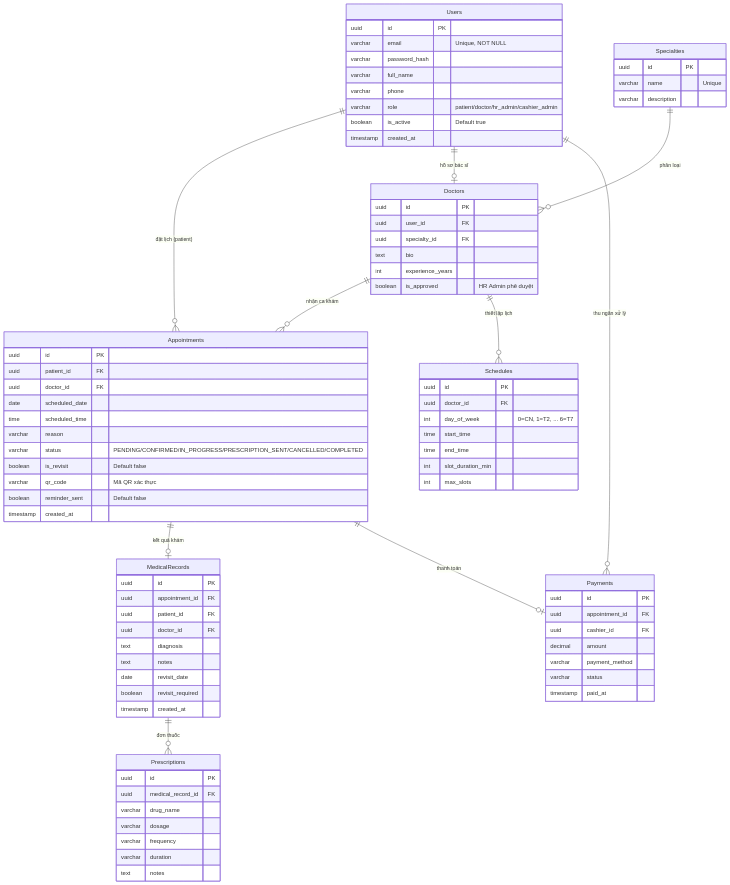
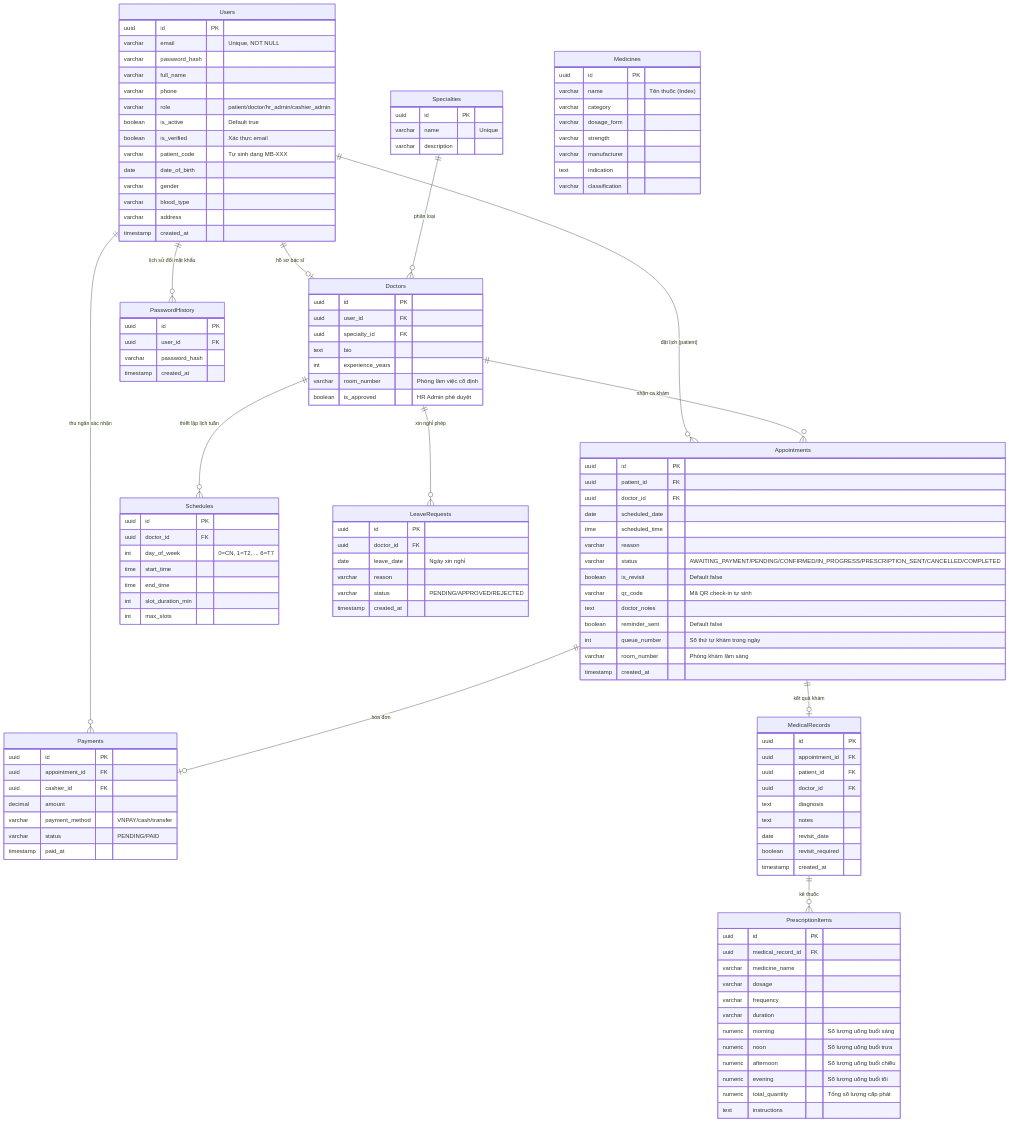
Before and after one commit to TruongTheHaiThinh/MedBook-Online-Medical-Appointment-Booking-System: the second of 4 diagrams in TruongTheHaiThinh_project-proposal.md, drawn with Mermaid. The commit also changed other lines of this file, not shown here.

Commit message:
docs: update project proposal with final database schemas, use cases, architecture, and state machine diagrams

````diff
--- a/TruongTheHaiThinh_project-proposal.md
+++ b/TruongTheHaiThinh_project-proposal.md
@@ -213,13 +225,15 @@
 erDiagram
     Users ||--o{ Appointments : "đặt lịch (patient)"
     Users ||--o| Doctors : "hồ sơ bác sĩ"
-    Users ||--o{ Payments : "thu ngân xử lý"
+    Users ||--o{ Payments : "thu ngân xác nhận"
+    Users ||--o{ PasswordHistory : "lịch sử đổi mật khẩu"
     Doctors ||--o{ Appointments : "nhận ca khám"
-    Doctors ||--o{ Schedules : "thiết lập lịch"
+    Doctors ||--o{ Schedules : "thiết lập lịch tuần"
+    Doctors ||--o{ LeaveRequests : "xin nghỉ phép"
     Specialties ||--o{ Doctors : "phân loại"
     Appointments ||--o| MedicalRecords : "kết quả khám"
-    Appointments ||--o| Payments : "thanh toán"
-    MedicalRecords ||--o{ Prescriptions : "đơn thuốc"
+    Appointments ||--o| Payments : "hóa đơn"
+    MedicalRecords ||--o{ PrescriptionItems : "kê thuốc"
 
     Users {
         uuid id PK
@@ -229,6 +243,12 @@
         varchar phone
         varchar role "patient/doctor/hr_admin/cashier_admin"
         boolean is_active "Default true"
+        boolean is_verified "Xác thực email"
+        varchar patient_code "Tự sinh dạng MB-XXX"
+        date date_of_birth
+        varchar gender
+        varchar blood_type
+        varchar address
         timestamp created_at
     }
 
@@ -238,6 +258,7 @@
         uuid specialty_id FK
         text bio
         int experience_years
+        varchar room_number "Phòng làm việc cố định"
         boolean is_approved "HR Admin phê duyệt"
     }
 
@@ -264,10 +285,13 @@
         date scheduled_date
         time scheduled_time
         varchar reason
-        varchar status "PENDING/CONFIRMED/IN_PROGRESS/PRESCRIPTION_SENT/CANCELLED/COMPLETED"
+        varchar status "AWAITING_PAYMENT/PENDING/CONFIRMED/IN_PROGRESS/PRESCRIPTION_SENT/CANCELLED/COMPLETED"
         boolean is_revisit "Default false"
-        varchar qr_code "Mã QR xác thực"
+        varchar qr_code "Mã QR check-in tự sinh"
+        text doctor_notes
         boolean reminder_sent "Default false"
+        int queue_number "Số thứ tự khám trong ngày"
+        varchar room_number "Phòng khám lâm sàng"
         timestamp created_at
     }
 
@@ -283,14 +307,19 @@
         timestamp created_at
     }
 
-    Prescriptions {
+    PrescriptionItems {
         uuid id PK
         uuid medical_record_id FK
-        varchar drug_name
+        varchar medicine_name
         varchar dosage
         varchar frequency
         varchar duration
-        text notes
+        numeric morning "Số lượng uống buổi sáng"
+        numeric noon "Số lượng uống buổi trưa"
+        numeric afternoon "Số lượng uống buổi chiều"
+        numeric evening "Số lượng uống buổi tối"
+        numeric total_quantity "Tổng số lượng cấp phát"
+        text instructions
     }
 
     Payments {
@@ -298,8 +327,35 @@
         uuid appointment_id FK
         uuid cashier_id FK
         decimal amount
-        varchar payment_method
-        varchar status
+        varchar payment_method "VNPAY/cash/transfer"
+        varchar status "PENDING/PAID"
         timestamp paid_at
     }
+
+    LeaveRequests {
+        uuid id PK
+        uuid doctor_id FK
+        date leave_date "Ngày xin nghỉ"
+        varchar reason
+        varchar status "PENDING/APPROVED/REJECTED"
+        timestamp created_at
+    }
+
+    Medicines {
+        uuid id PK
+        varchar name "Tên thuốc (Index)"
+        varchar category
+        varchar dosage_form
+        varchar strength
+        varchar manufacturer
+        text indication
+        varchar classification
+    }
+
+    PasswordHistory {
+        uuid id PK
+        uuid user_id FK
+        varchar password_hash
+        timestamp created_at
+    }
 ```
````
